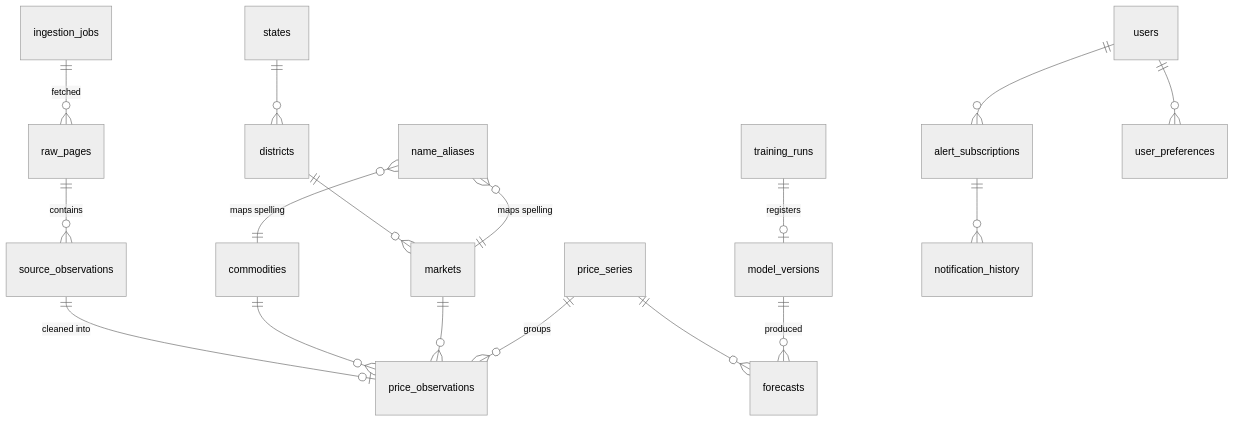
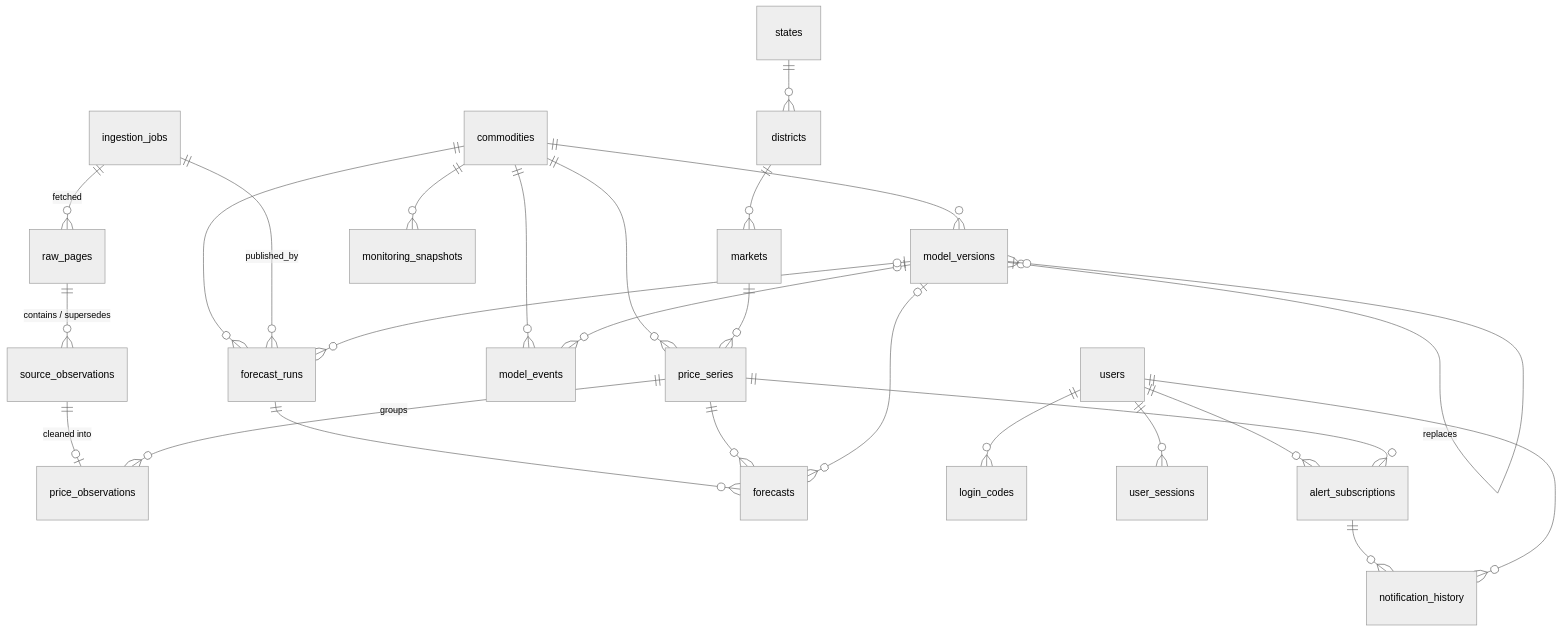
One commit to HASHMATHALI/mandicast changed the diagram in docs/04_database_schema.md. Above: the diagram before and after it, drawn with Mermaid (neutral theme). The commit also changed other lines of this file and 30 other files, not shown here.

````diff
--- a/docs/04_database_schema.md
+++ b/docs/04_database_schema.md
@@ -23,19 +28,28 @@
 ```mermaid
 erDiagram
     ingestion_jobs ||--o{ raw_pages : fetched
-    raw_pages ||--o{ source_observations : contains
+    raw_pages ||--o{ source_observations : "contains / supersedes"
     source_observations ||--o| price_observations : "cleaned into"
-    commodities ||--o{ price_observations : ""
-    markets ||--o{ price_observations : ""
     states ||--o{ districts : ""
     districts ||--o{ markets : ""
-    name_aliases }o--|| commodities : "maps spelling"
-    name_aliases }o--|| markets : "maps spelling"
+    commodities ||--o{ price_series : ""
+    markets ||--o{ price_series : ""
     price_series ||--o{ price_observations : groups
+    commodities ||--o{ model_versions : ""
+    model_versions |o--o{ model_versions : replaces
+    commodities ||--o{ model_events : ""
+    model_versions |o--o{ model_events : ""
+    commodities ||--o{ forecast_runs : ""
+    ingestion_jobs ||--o{ forecast_runs : published_by
+    model_versions |o--o{ forecast_runs : ""
+    forecast_runs ||--o{ forecasts : ""
     price_series ||--o{ forecasts : ""
-    model_versions ||--o{ forecasts : produced
-    training_runs ||--o| model_versions : registers
+    model_versions |o--o{ forecasts : ""
+    commodities ||--o{ monitoring_snapshots : ""
+    users ||--o{ login_codes : ""
+    users ||--o{ user_sessions : ""
     users ||--o{ alert_subscriptions : ""
+    price_series ||--o{ alert_subscriptions : ""
     alert_subscriptions ||--o{ notification_history : ""
-    users ||--o{ user_preferences : ""
+    users ||--o{ notification_history : ""
 ```
````
